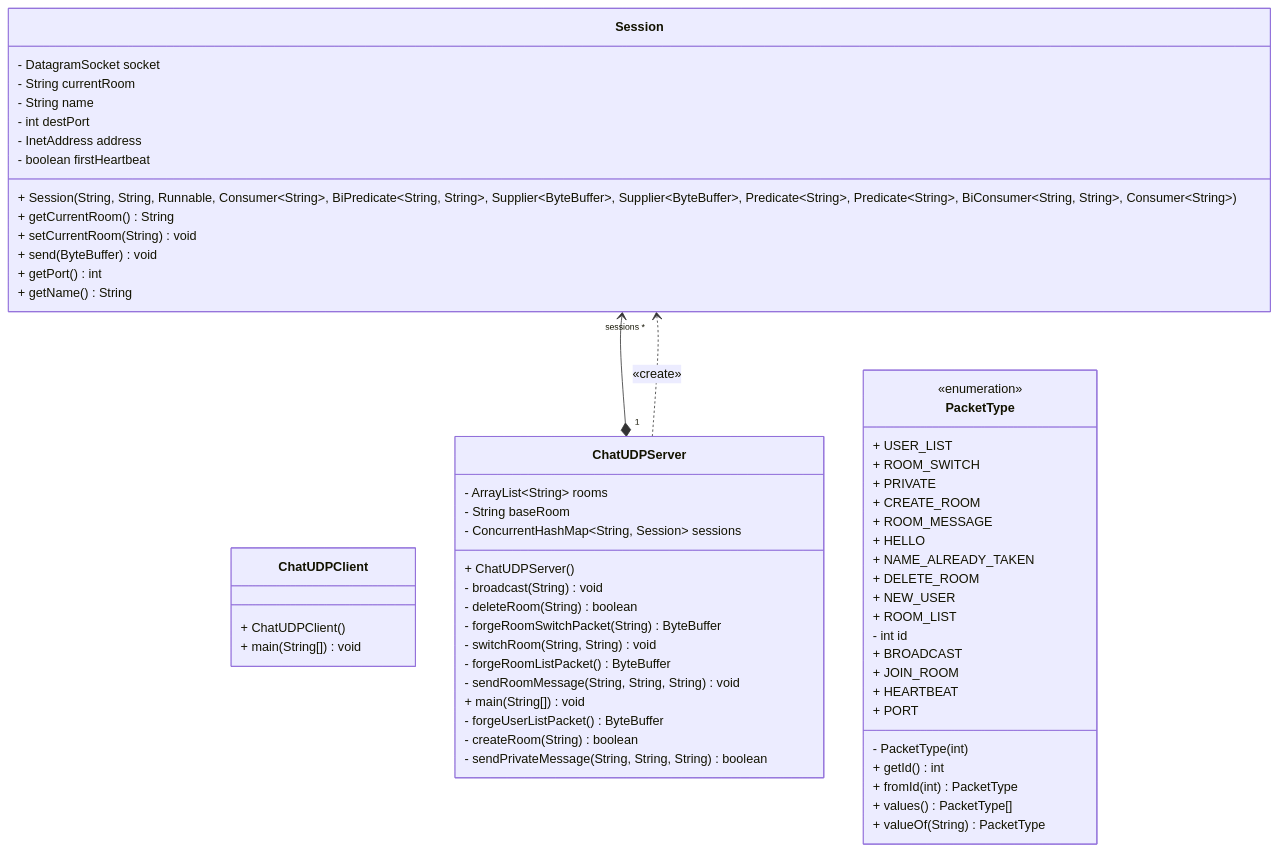
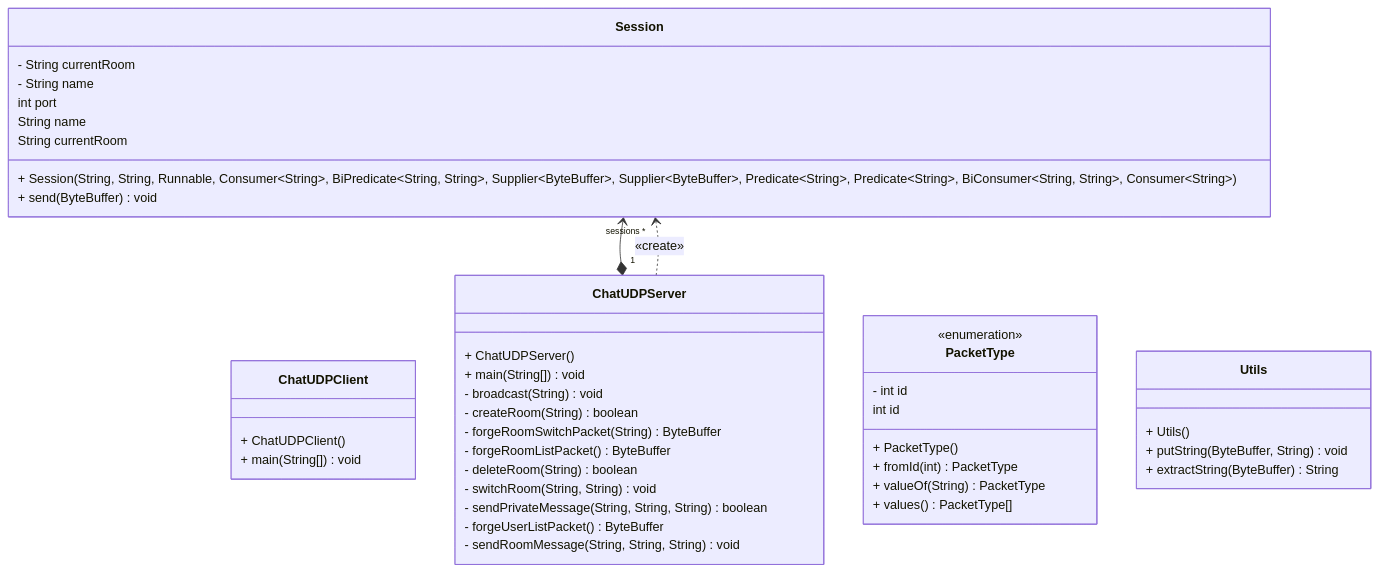
The first of 2 diagrams in readme.md (FlashOnFire/tpudp), drawn with Mermaid before and after one commit. The commit also changed other lines of this file, not shown here.

Commit message:
refct: update class diagram in readme for improved clarity and structure

````diff
--- a/readme.md
+++ b/readme.md
@@ -65,64 +66,47 @@
 ```mermaid
 classDiagram
-direction BT
-class ChatUDPClient {
-  + ChatUDPClient()
-  + main(String[]) void
-}
-class ChatUDPServer {
-  + ChatUDPServer()
-  - ArrayList~String~ rooms
-  - String baseRoom
-  - ConcurrentHashMap~String, Session~ sessions
-  - broadcast(String) void
-  - deleteRoom(String) boolean
-  - forgeRoomSwitchPacket(String) ByteBuffer
-  - switchRoom(String, String) void
-  - forgeRoomListPacket() ByteBuffer
-  - sendRoomMessage(String, String, String) void
-  + main(String[]) void
-  - forgeUserListPacket() ByteBuffer
-  - createRoom(String) boolean
-  - sendPrivateMessage(String, String, String) boolean
-}
-class PacketType {
-<<enumeration>>
-  - PacketType(int)
-  +  USER_LIST
-  +  ROOM_SWITCH
-  +  PRIVATE
-  +  CREATE_ROOM
-  +  ROOM_MESSAGE
-  +  HELLO
-  +  NAME_ALREADY_TAKEN
-  +  DELETE_ROOM
-  +  NEW_USER
-  +  ROOM_LIST
-  - int id
-  +  BROADCAST
-  +  JOIN_ROOM
-  +  HEARTBEAT
-  +  PORT
-  + getId() int
-  + fromId(int) PacketType
-  + values() PacketType[]
-  + valueOf(String) PacketType
-}
-class Session {
-  + Session(String, String, Runnable, Consumer~String~, BiPredicate~String, String~, Supplier~ByteBuffer~, Supplier~ByteBuffer~, Predicate~String~, Predicate~String~, BiConsumer~String, String~, Consumer~String~)
-  - DatagramSocket socket
-  - String currentRoom
-  - String name
-  - int destPort
-  - InetAddress address
-  - boolean firstHeartbeat
-  + getCurrentRoom() String
-  + setCurrentRoom(String) void
-  + send(ByteBuffer) void
-  + getPort() int
-  + getName() String
-}
+    direction BT
+    class ChatUDPClient {
+        + ChatUDPClient()
+        + main(String[]) void
+    }
+    class ChatUDPServer {
+        + ChatUDPServer()
+        + main(String[]) void
+        - broadcast(String) void
+        - createRoom(String) boolean
+        - forgeRoomSwitchPacket(String) ByteBuffer
+        - forgeRoomListPacket() ByteBuffer
+        - deleteRoom(String) boolean
+        - switchRoom(String, String) void
+        - sendPrivateMessage(String, String, String) boolean
+        - forgeUserListPacket() ByteBuffer
+        - sendRoomMessage(String, String, String) void
+    }
+    class PacketType {
+        <<enumeration>>
+        + PacketType()
+        - int id
+        + fromId(int) PacketType
+        + valueOf(String) PacketType
+        + values() PacketType[]
+        int id
+    }
+    class Session {
+        + Session(String, String, Runnable, Consumer~String~, BiPredicate~String, String~, Supplier~ByteBuffer~, Supplier~ByteBuffer~, Predicate~String~, Predicate~String~, BiConsumer~String, String~, Consumer~String~)
+        - String currentRoom
+        - String name
+        + send(ByteBuffer) void
+        int port
+        String name
+        String currentRoom
+    }
+    class Utils {
+        + Utils()
+        + putString(ByteBuffer, String) void
+        + extractString(ByteBuffer) String
+    }
 
-ChatUDPServer "1" *--> "sessions *" Session
-ChatUDPServer  ..>  Session : «create»
+    ChatUDPServer "1" *--> "sessions *" Session
+    ChatUDPServer ..> Session: «create»
 ```
````
